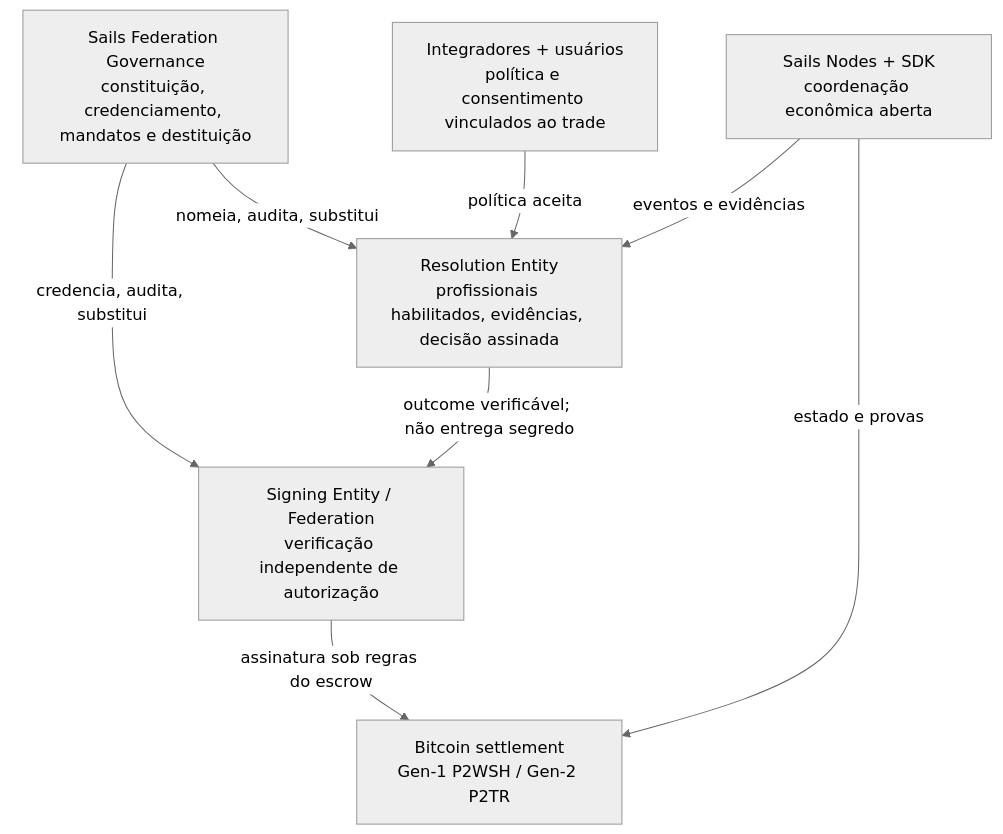
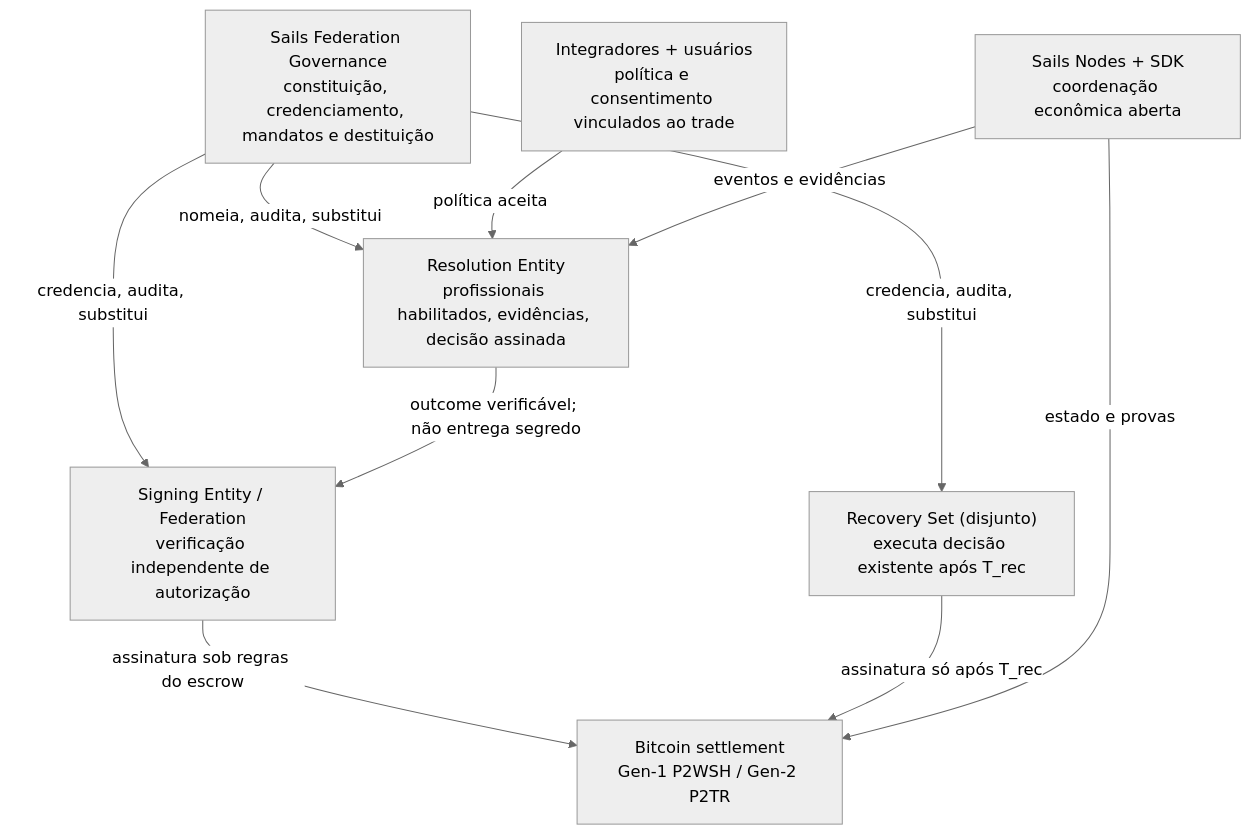
The first of 3 diagrams in docs/architecture/SAILS_SIGNING_FEDERATION/README.md (sails-protocol/Sails-Protocol), drawn with Mermaid (neutral theme) before and after one commit. The commit also changed other lines of this file and 1 other file, not shown here.

````diff
--- a/docs/architecture/SAILS_SIGNING_FEDERATION/README.md
+++ b/docs/architecture/SAILS_SIGNING_FEDERATION/README.md
@@ -15,16 +17,19 @@
 ```mermaid
 flowchart TD
   G["Sails Federation Governance<br/>constituição, credenciamento, mandatos e destituição"]
   I["Integradores + usuários<br/>política e consentimento vinculados ao trade"]
   R["Resolution Entity<br/>profissionais habilitados, evidências, decisão assinada"]
   V["Signing Entity / Federation<br/>verificação independente de autorização"]
+  RS["Recovery Set (disjunto)<br/>executa decisão existente após T_rec"]
   S["Bitcoin settlement<br/>Gen-1 P2WSH / Gen-2 P2TR"]
   P["Sails Nodes + SDK<br/>coordenação econômica aberta"]
   G -->|"nomeia, audita, substitui"| R
   G -->|"credencia, audita, substitui"| V
+  G -->|"credencia, audita, substitui"| RS
   I -->|"política aceita"| R
   P -->|"eventos e evidências"| R
   R -->|"outcome verificável; não entrega segredo"| V
   V -->|"assinatura sob regras do escrow"| S
+  RS -->|"assinatura só após T_rec"| S
   P -->|"estado e provas"| S
 ```
````
